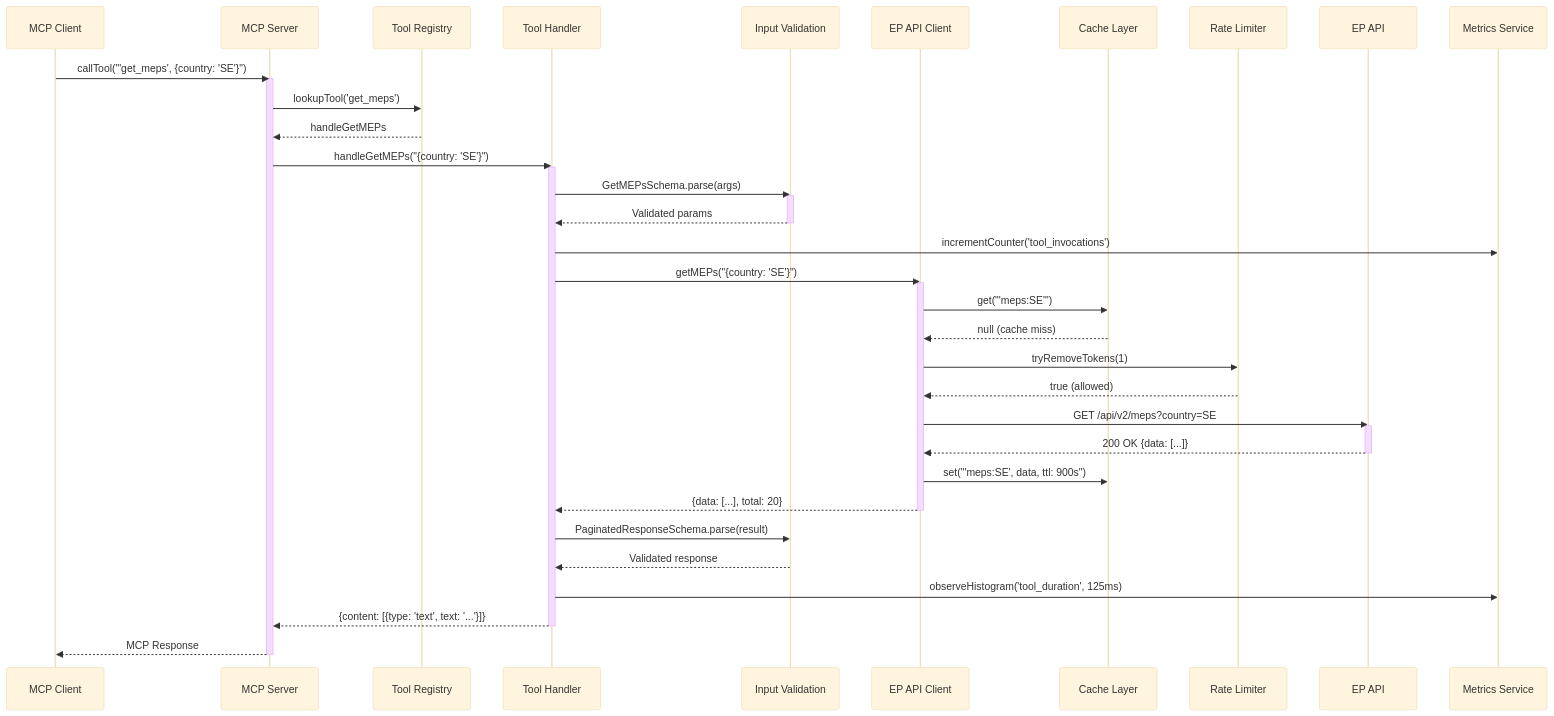
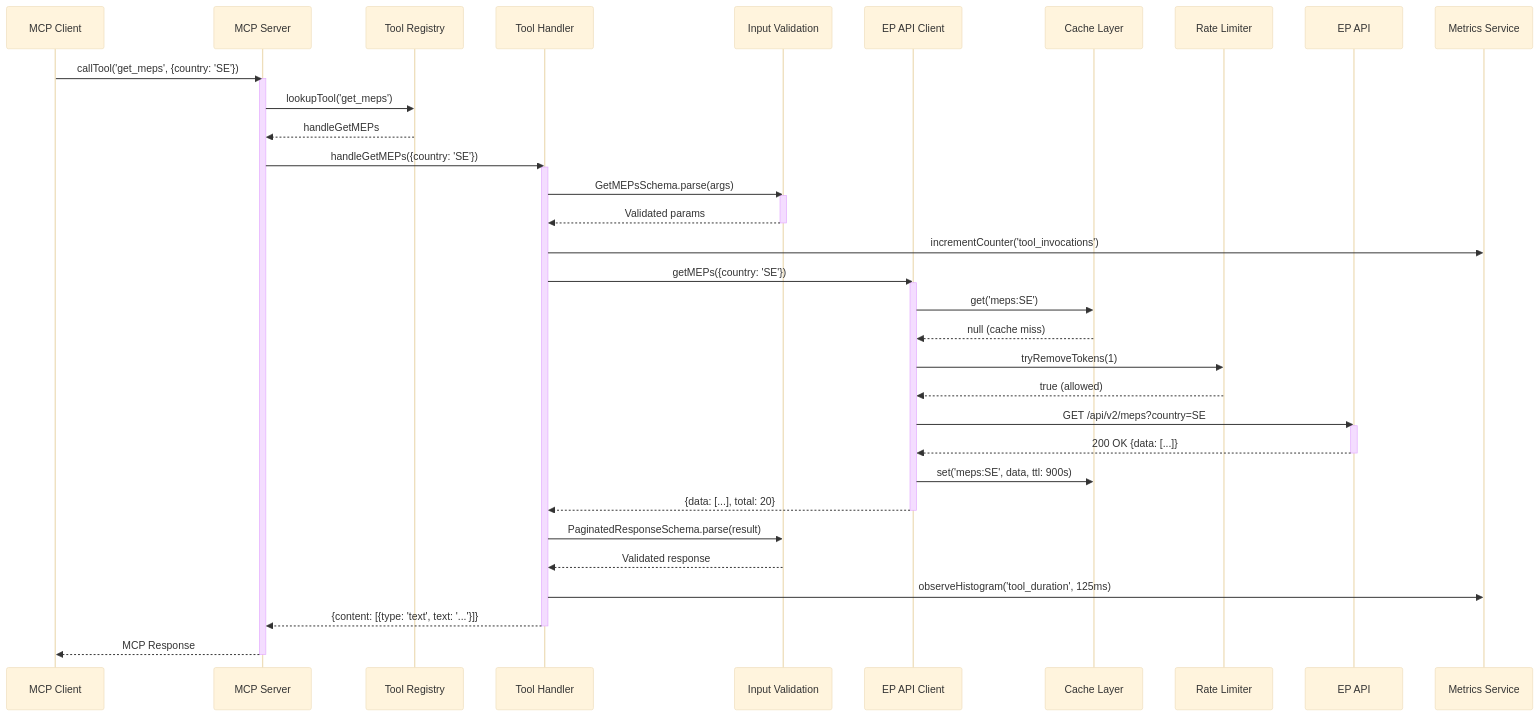
The fourth of 14 diagrams in ARCHITECTURE_DIAGRAMS.md (Hack23/European-Parliament-MCP-Server), drawn with Mermaid (base theme) before and after one commit. The commit also changed 3 other files, not shown here.

First line of the commit message:
fix: address all review feedback on mermaid validator

````diff
--- a/ARCHITECTURE_DIAGRAMS.md
+++ b/ARCHITECTURE_DIAGRAMS.md
@@ -322,58 +322,58 @@
 ```mermaid
 sequenceDiagram
     participant Client as MCP Client
     participant Server as MCP Server
     participant Registry as Tool Registry
     participant Tool as Tool Handler
     participant Validation as Input Validation
     participant EPClient as EP API Client
     participant Cache as Cache Layer
     participant RateLimit as Rate Limiter
     participant EPAPI as EP API
     participant Metrics as Metrics Service
     
-    Client->>Server: callTool("'get_meps', {country: 'SE'}")
+    Client->>Server: callTool('get_meps', {country: 'SE'})
     activate Server
     
     Server->>Registry: lookupTool('get_meps')
     Registry-->>Server: handleGetMEPs
     
-    Server->>Tool: handleGetMEPs("{country: 'SE'}")
+    Server->>Tool: handleGetMEPs({country: 'SE'})
     activate Tool
     
     Tool->>Validation: GetMEPsSchema.parse(args)
     activate Validation
     Validation-->>Tool: Validated params
     deactivate Validation
     
     Tool->>Metrics: incrementCounter('tool_invocations')
     
-    Tool->>EPClient: getMEPs("{country: 'SE'}")
+    Tool->>EPClient: getMEPs({country: 'SE'})
     activate EPClient
     
-    EPClient->>Cache: get("'meps:SE'")
+    EPClient->>Cache: get('meps:SE')
     Cache-->>EPClient: null (cache miss)
     
     EPClient->>RateLimit: tryRemoveTokens(1)
     RateLimit-->>EPClient: true (allowed)
     
     EPClient->>EPAPI: GET /api/v2/meps?country=SE
     activate EPAPI
     EPAPI-->>EPClient: 200 OK {data: [...]}
     deactivate EPAPI
     
-    EPClient->>Cache: set("'meps:SE', data, ttl: 900s")
+    EPClient->>Cache: set('meps:SE', data, ttl: 900s)
     EPClient-->>Tool: {data: [...], total: 20}
     deactivate EPClient
     
     Tool->>Validation: PaginatedResponseSchema.parse(result)
     Validation-->>Tool: Validated response
     
     Tool->>Metrics: observeHistogram('tool_duration', 125ms)
     
     Tool-->>Server: {content: [{type: 'text', text: '...'}]}
     deactivate Tool
     
     Server-->>Client: MCP Response
     deactivate Server
 ```
````
